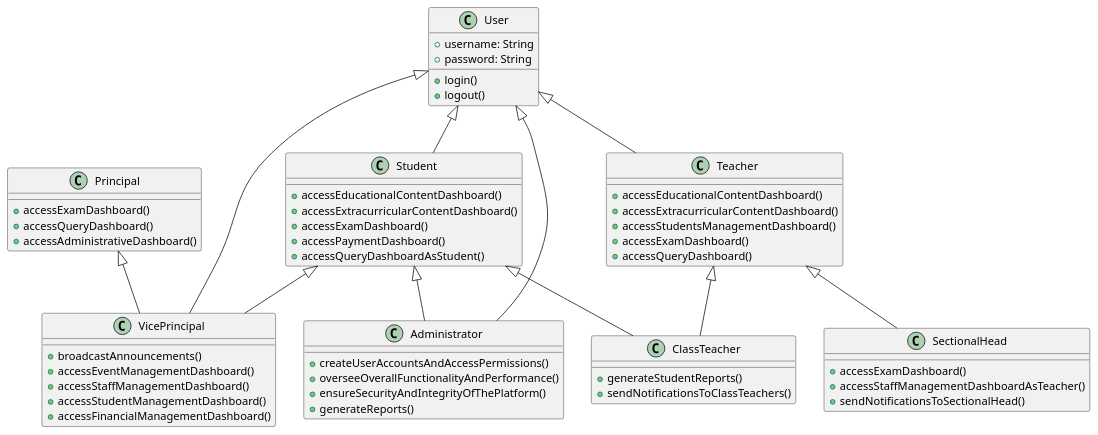
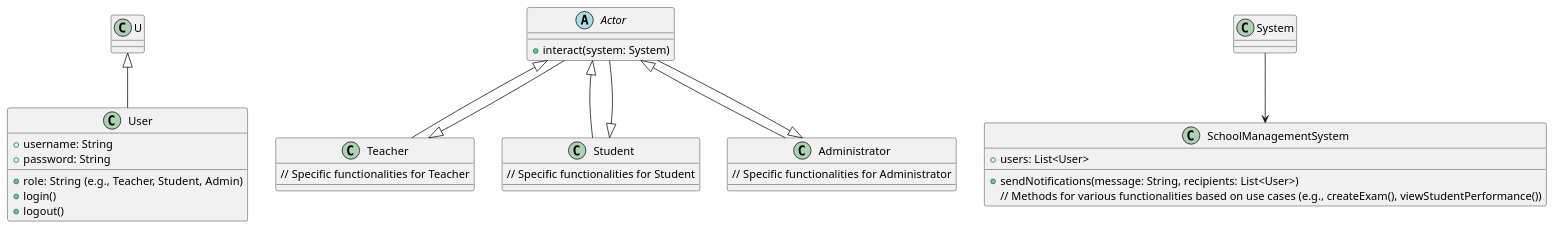
One commit to AdithyaSean/School-Management-System changed the diagram in School Management System Class Diagram.puml. Above: the diagram before and after it, drawn with PlantUML.

Commit message:
modified:   School Management System Class Diagram.puml

```diff
--- a/School Management System Class Diagram.puml
+++ b/School Management System Class Diagram.puml
@@ -1,69 +1,40 @@
-@startuml School Management System
+@startuml SchoolManagementSystem
 
 class User {
-    +username: String
-    +password: String
-    +login()
-    +logout()
+  + username: String
+  + password: String
+  + role: String (e.g., Teacher, Student, Admin)
+  + login()
+  + logout()
 }
 
-class Teacher {
-    +accessEducationalContentDashboard()
-    +accessExtracurricularContentDashboard()
-    +accessStudentsManagementDashboard()
-    +accessExamDashboard()
-    +accessQueryDashboard()
+abstract class Actor {
+  + interact(system: System)
 }
 
-class ClassTeacher {
-    +generateStudentReports()
-    +sendNotificationsToClassTeachers()
+class Teacher extends Actor {
+  // Specific functionalities for Teacher
 }
 
-class SectionalHead {
-    +accessExamDashboard()
-    +accessStaffManagementDashboardAsTeacher()
-    +sendNotificationsToSectionalHead()
+class Student extends Actor {
+  // Specific functionalities for Student
 }
 
-class Student {
-    +accessEducationalContentDashboard()
-    +accessExtracurricularContentDashboard()
-    +accessExamDashboard()
-    +accessPaymentDashboard()
-    +accessQueryDashboardAsStudent()
+class Administrator extends Actor {
+  // Specific functionalities for Administrator
 }
 
-class Principal {
-    +accessExamDashboard()
-    +accessQueryDashboard()
-    +accessAdministrativeDashboard()
+class SchoolManagementSystem {
+  + users: List<User>
+  + sendNotifications(message: String, recipients: List<User>)
+  // Methods for various functionalities based on use cases (e.g., createExam(), viewStudentPerformance())
 }
 
-class VicePrincipal {
-    +broadcastAnnouncements()
-    +accessEventManagementDashboard()
-    +accessStaffManagementDashboard()
-    +accessStudentManagementDashboard()
-    +accessFinancialManagementDashboard()
-}
+U <|-- User
+Teacher <|-- Actor
+Student <|-- Actor
+Administrator <|-- Actor
 
-class Administrator {
-    +createUserAccountsAndAccessPermissions()
-    +overseeOverallFunctionalityAndPerformance()
-    +ensureSecurityAndIntegrityOfThePlatform()
-    +generateReports()
-}
-
-User <|-- Teacher
-User <|-- Student
-User <|-- VicePrincipal
-User <|-- Administrator
-Teacher <|-- ClassTeacher
-Teacher <|-- SectionalHead
-Student <|-- ClassTeacher
-Student <|-- VicePrincipal
-Student <|-- Administrator
-Principal <|-- VicePrincipal
+System --> SchoolManagementSystem
 
 @enduml
```
